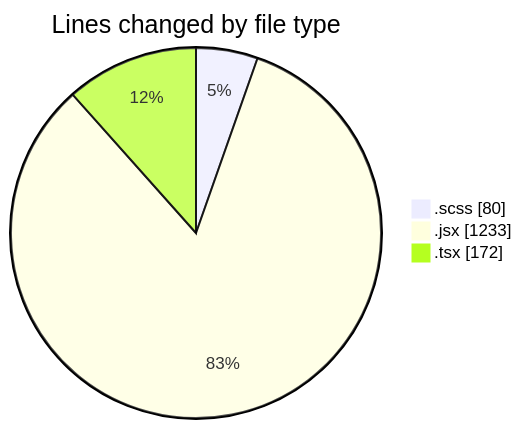
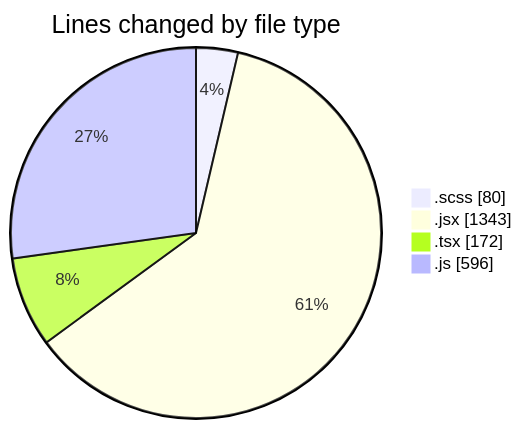
Before and after one commit to momahboobian/code-tracking: the first of 2 diagrams in 2025-06-03/cda/README.md, drawn with Mermaid. The commit also changed other lines of this file and 1 other file, not shown here.

````diff
--- a/2025-06-03/cda/README.md
+++ b/2025-06-03/cda/README.md
@@ -24,7 +25,8 @@
 ```mermaid
 pie showData
 title Lines changed by file type
 ".scss" : 80
-".jsx" : 1233
+".jsx" : 1343
 ".tsx" : 172
+".js" : 596
 ```
````
